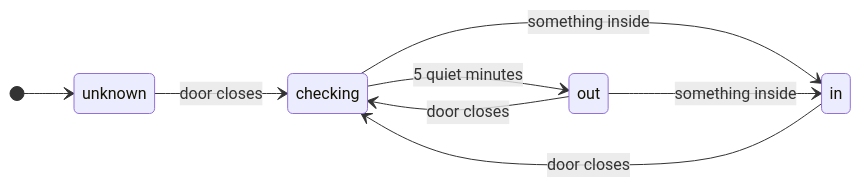
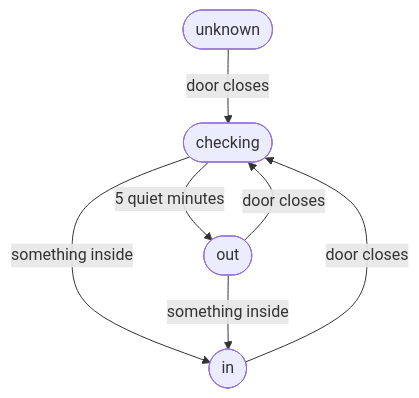
One commit to SettlingAbyss96/fosters-home-hub changed the second of 5 diagrams in docs/control.md. Above: the diagram before and after it, drawn with Mermaid. The commit also changed other lines of this file and 4 other files, not shown here.

First line of the commit message:
Flowcharts: no overlapping labels, nothing under GitHub's zoom buttons

````diff
--- a/docs/control.md
+++ b/docs/control.md
@@ -207,11 +211,13 @@
 ```mermaid
-stateDiagram-v2
-    direction LR
-    [*] --> unknown
-    unknown --> checking: door closes
-    checking --> in: something inside
-    checking --> out: 5 quiet minutes
-    out --> in: something inside
-    in --> checking: door closes
-    out --> checking: door closes
+---
+config:
+  themeCSS: ".edgeLabel, .edgeLabel p, .labelBkg { background-color: var(--bgColor-default) !important } .edgeLabel rect { opacity: 1 !important; fill: var(--bgColor-default) !important }"
+---
+flowchart TD
+    U([unknown]) -->|door closes| C([checking])
+    C -->|something inside| I([in])
+    C -->|5 quiet minutes| O([out])
+    O -->|something inside| I
+    I -->|door closes| C
+    O -->|door closes| C
 ```
````
